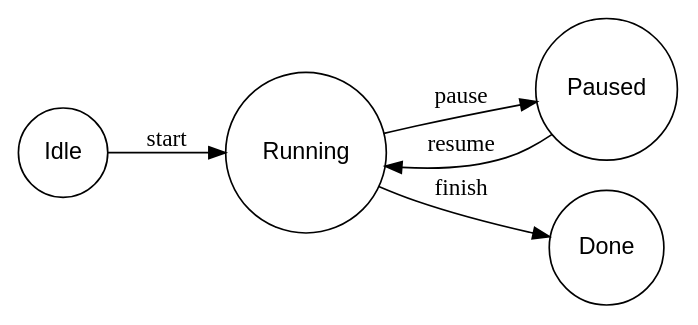
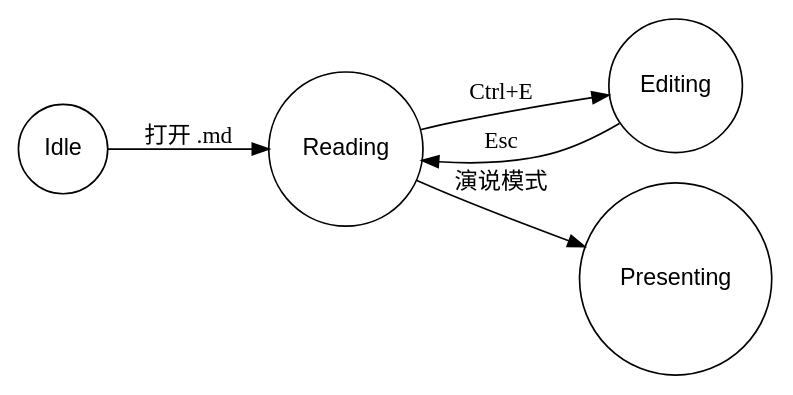
One commit to Natsummerance/readMD changed the diagram in showcase/fixtures/readmd-showcase.md. Above: the diagram before and after it, drawn with Graphviz. The commit also changed other lines of this file and 24 other files, not shown here.

````diff
--- a/showcase/fixtures/readmd-showcase.md
+++ b/showcase/fixtures/readmd-showcase.md
@@ -44,10 +57,10 @@
 ```dot
 digraph StateMachine {
     rankdir=LR;
     node [shape=circle, fontname="sans-serif"];
-    Idle -> Running [label="start"];
-    Running -> Paused [label="pause"];
-    Paused -> Running [label="resume"];
-    Running -> Done [label="finish"];
+    Idle -> Reading [label="打开 .md"];
+    Reading -> Editing [label="Ctrl+E"];
+    Editing -> Reading [label="Esc"];
+    Reading -> Presenting [label="演说模式"];
 }
 ```
````
